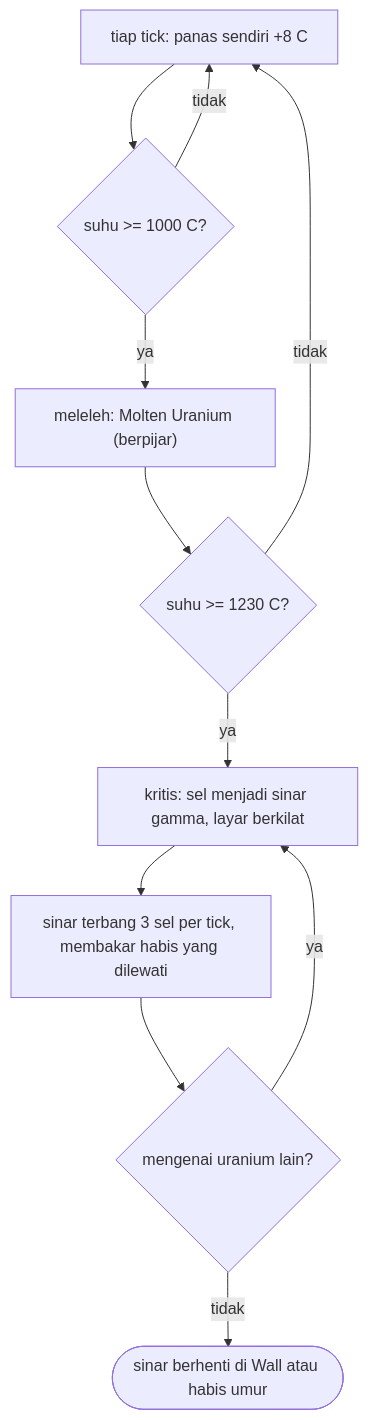
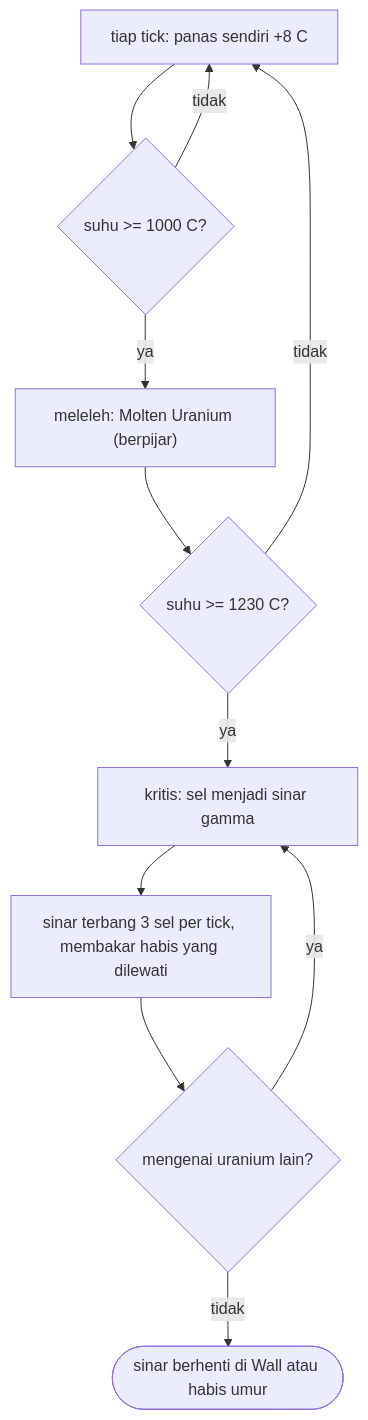
One commit to zaxx-q/arCade changed the third of 3 diagrams in deferred/sandbox/GAME.md. Above: the diagram before and after it, drawn with Mermaid. The commit also changed other lines of this file and 7 other files, not shown here.

````diff
--- a/deferred/sandbox/GAME.md
+++ b/deferred/sandbox/GAME.md
@@ -428,13 +426,13 @@
 ```mermaid
 flowchart TD
     A["tiap tick: panas sendiri +8 C"] --> B{"suhu >= 1000 C?"}
     B -- ya --> C["meleleh: Molten Uranium (berpijar)"]
     B -- tidak --> A
     C --> D{"suhu >= 1230 C?"}
     D -- tidak --> A
-    D -- ya --> E["kritis: sel menjadi sinar gamma, layar berkilat"]
+    D -- ya --> E["kritis: sel menjadi sinar gamma"]
     E --> F["sinar terbang 3 sel per tick, membakar habis yang dilewati"]
     F --> G{"mengenai uranium lain?"}
     G -- ya --> E
     G -- tidak --> H([sinar berhenti di Wall atau habis umur])
 ```
````
